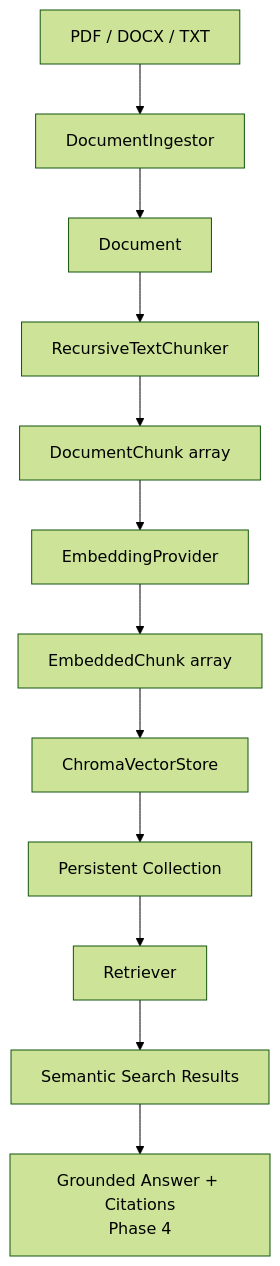
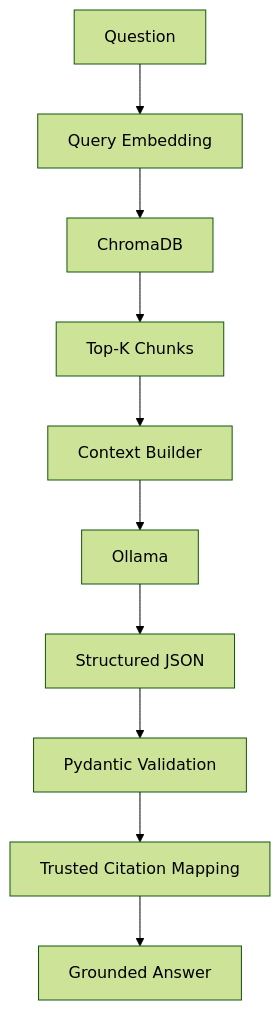
One commit to SincereSag87/docintel-rag changed the diagram in README.md. Above: the diagram before and after it, drawn with Mermaid (forest theme). The commit also changed other lines of this file and 20 other files, not shown here.

Commit message:
feat: add grounded RAG question answering

````diff
--- a/README.md
+++ b/README.md
@@ -31,14 +19,12 @@
 ```mermaid
 flowchart TD
-    A[PDF / DOCX / TXT] --> B[DocumentIngestor]
-    B --> C[Document]
-    C --> D[RecursiveTextChunker]
-    D --> E[DocumentChunk array]
-    E --> F[EmbeddingProvider]
-    F --> G[EmbeddedChunk array]
-    G --> H[ChromaVectorStore]
-    H --> I[Persistent Collection]
-    I --> J[Retriever]
-    J --> K[Semantic Search Results]
-    K --> L[Grounded Answer + Citations<br/>Phase 4]
+    A[Question] --> B[Query Embedding]
+    B --> C[ChromaDB]
+    C --> D[Top-K Chunks]
+    D --> E[Context Builder]
+    E --> F[Ollama]
+    F --> G[Structured JSON]
+    G --> H[Pydantic Validation]
+    H --> I[Trusted Citation Mapping]
+    I --> J[Grounded Answer]
 ```
````
